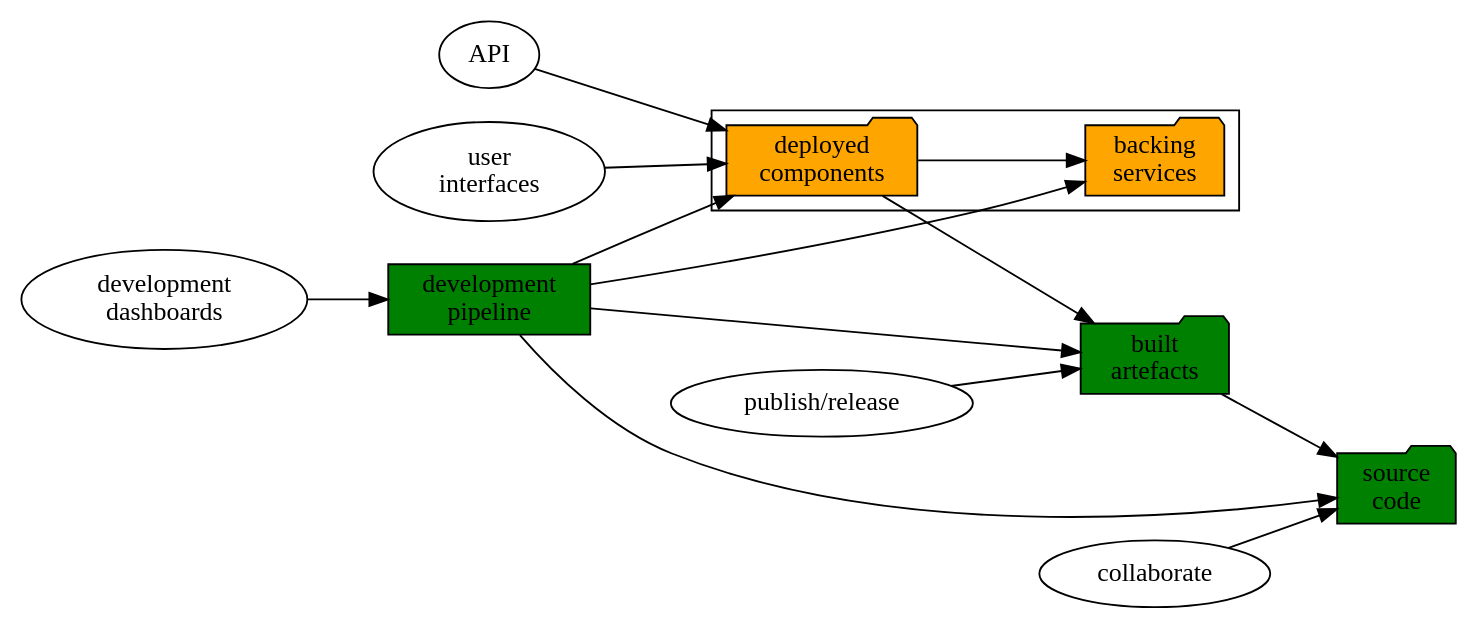
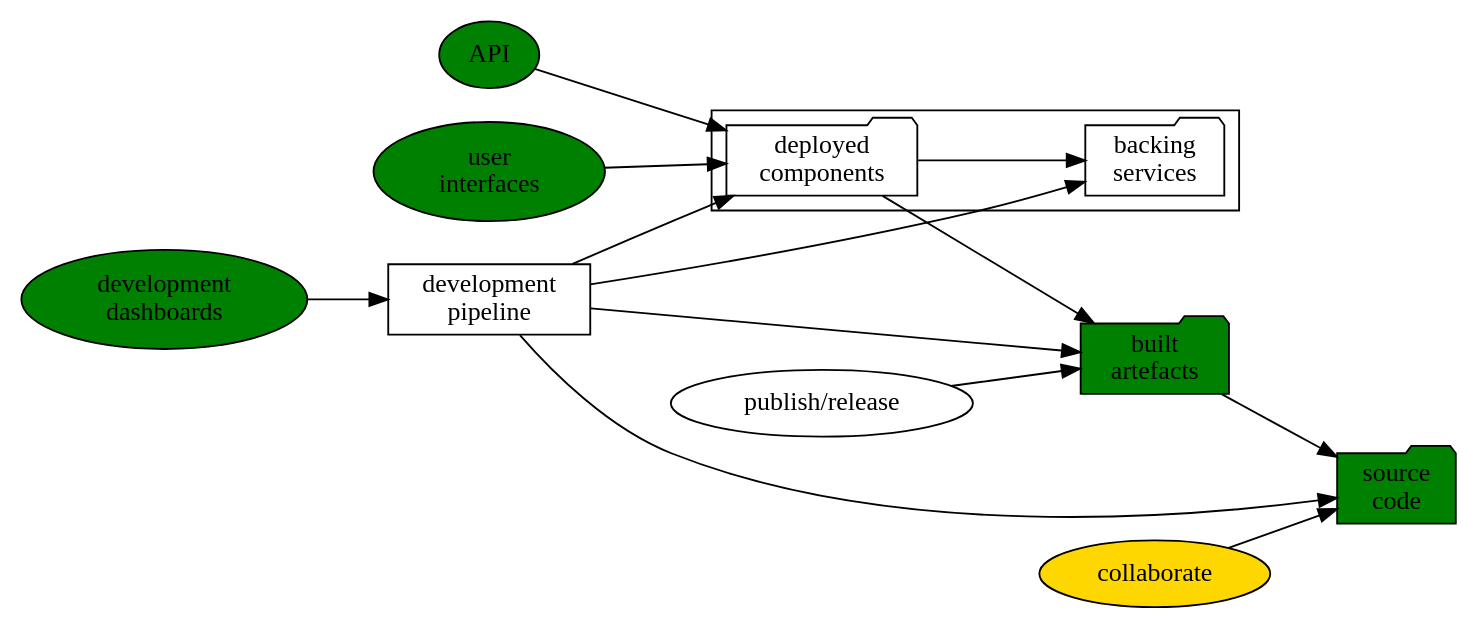
One commit to AusDTO/disco_layer changed the first of 4 diagrams in docs/source/overview.rst. Above: the diagram before and after it, drawn with Graphviz. The commit also changed other lines of this file and 1 other file, not shown here.

```diff
--- a/docs/source/overview.rst
+++ b/docs/source/overview.rst
@@ -13,32 +13,32 @@
 .. graphviz::
 
    digraph d {
       node [shape="rectangle" style=filled fillcolor=white];
       rankdir=LR;
-      ui [label="user\ninterfaces" shape=ellipse];
-      api [label="API" shape=ellipse];
-      colab [label="collaborate" shape=ellipse ];
+      ui [label="user\ninterfaces" shape=ellipse fillcolor=green];
+      api [label="API" shape=ellipse fillcolor=green];
+      colab [label="collaborate" shape=ellipse fillcolor=gold];
       pub [label="publish/release" shape=ellipse];
-      ddash [label="development\ndashboards" shape=ellipse];
-      pipe [label="development\npipeline" fillcolor=green];
+      ddash [label="development\ndashboards" shape=ellipse fillcolor=green];
+      pipe [label="development\npipeline"];
       build [label="built\nartefacts" shape=folder fillcolor=green]; 
       src [label="source\ncode" shape=folder fillcolor=green];
 
       subgraph cluster_private {
-	  deployed [label="deployed\ncomponents" shape=folder fillcolor=orange];
-	  backing [label="backing\nservices" shape=folder fillcolor=orange];
+	  deployed [label="deployed\ncomponents" shape=folder];
+	  backing [label="backing\nservices" shape=folder];
       }
       
       ui -> deployed;
       api -> deployed;
       colab -> src;
       pub -> build;
       ddash -> pipe;
       pipe -> src;
       pipe -> build;
       pipe -> backing;
       pipe -> deployed;
       build -> src;
       deployed -> backing;
       deployed -> build;
    }
```
